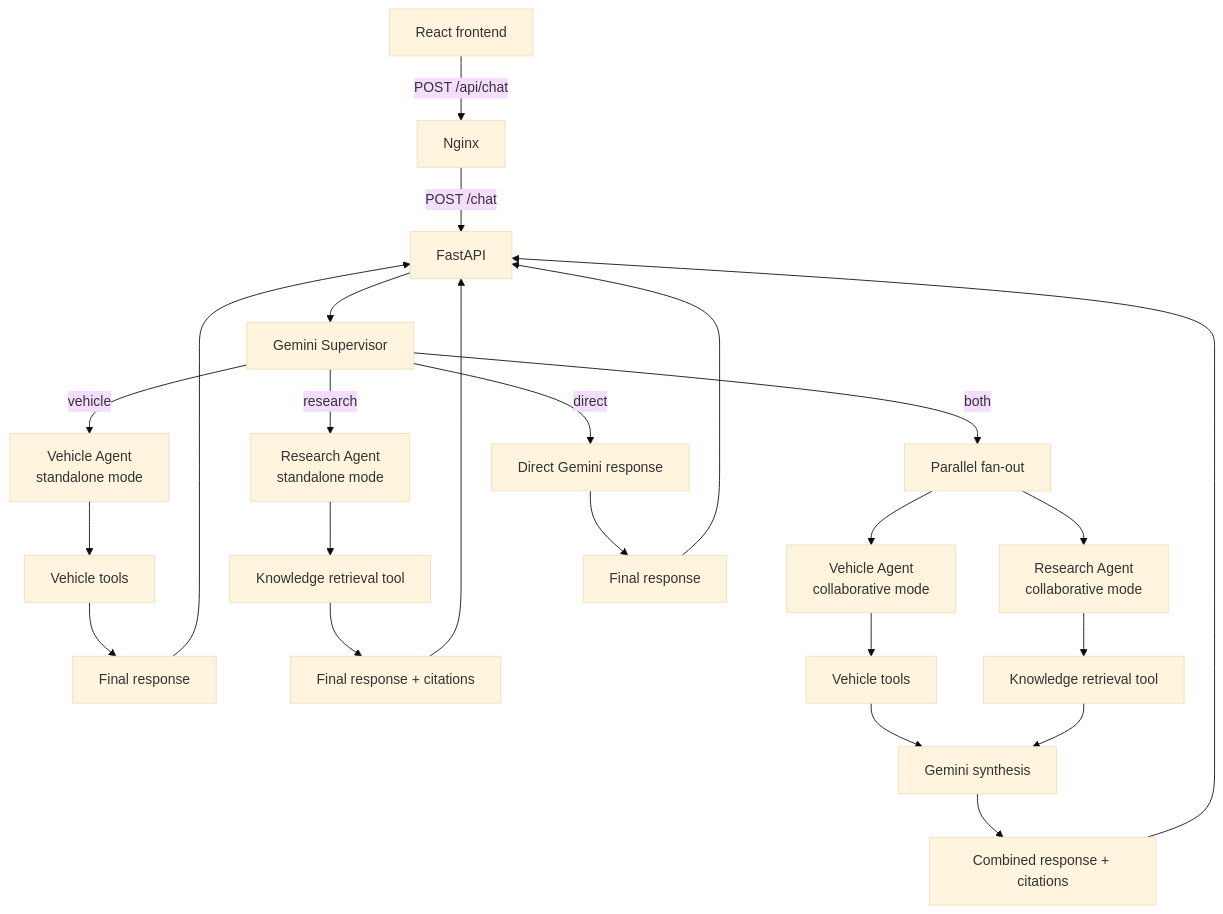
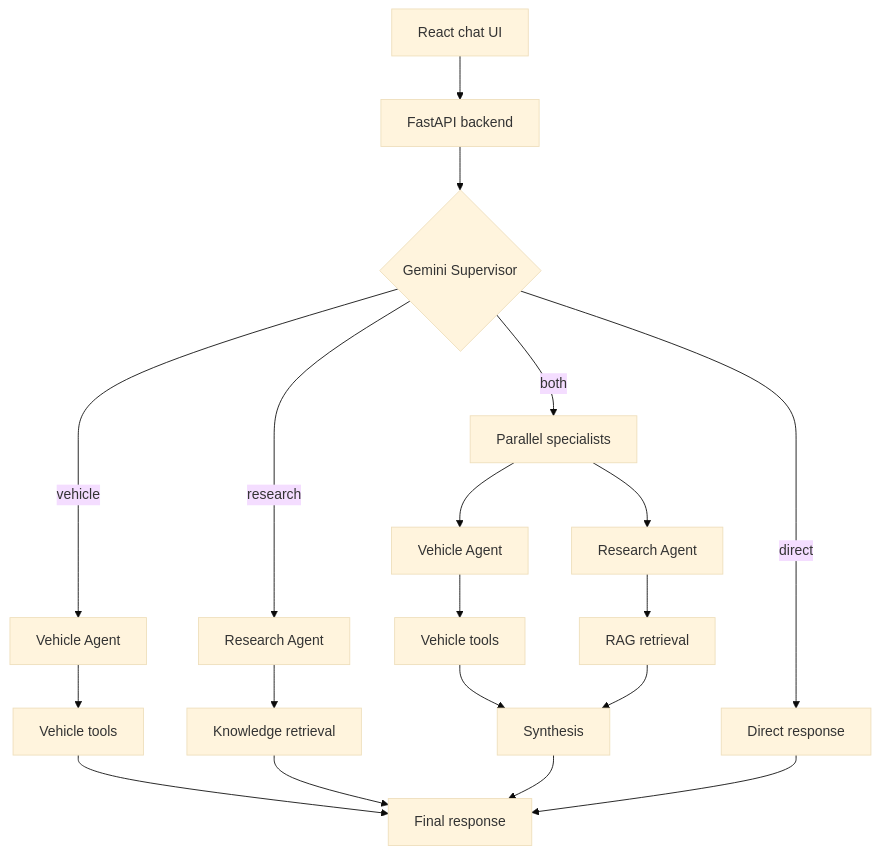
The diagram in README.md (Edit-3D/ev-advisor), drawn with Mermaid (base theme) before and after one commit. The commit also changed other lines of this file and 10 other files, not shown here.

````diff
--- a/README.md
+++ b/README.md
@@ -32,30 +100,21 @@
 ```mermaid
 flowchart TD
-    UI[React frontend] -->|POST /api/chat| NX[Nginx]
-    NX -->|POST /chat| API[FastAPI]
-    API --> SG[Gemini Supervisor]
-
-    SG -->|vehicle| VA[Vehicle Agent<br/>standalone mode]
-    SG -->|research| RA[Research Agent<br/>standalone mode]
-    SG -->|both| FAN[Parallel fan-out]
-    SG -->|direct| DR[Direct Gemini response]
-
-    VA --> VT[Vehicle tools]
-    RA --> KT[Knowledge retrieval tool]
-    VT --> VF[Final response]
-    KT --> RF[Final response + citations]
-
-    FAN --> VAC[Vehicle Agent<br/>collaborative mode]
-    FAN --> RAC[Research Agent<br/>collaborative mode]
-    VAC --> VTC[Vehicle tools]
-    RAC --> KTC[Knowledge retrieval tool]
-    VTC --> SYN[Gemini synthesis]
-    KTC --> SYN
-    SYN --> CF[Combined response + citations]
-
-    DR --> DF[Final response]
-    VF --> API
-    RF --> API
-    CF --> API
-    DF --> API
+    UI[React chat UI] --> API[FastAPI backend]
+    API --> S{Gemini Supervisor}
+    S -->|vehicle| V[Vehicle Agent]
+    S -->|research| R[Research Agent]
+    S -->|both| B[Parallel specialists]
+    S -->|direct| D[Direct response]
+    V --> VT[Vehicle tools]
+    R --> KB[Knowledge retrieval]
+    B --> VP[Vehicle Agent]
+    B --> RP[Research Agent]
+    VP --> VTP[Vehicle tools]
+    RP --> KBR[RAG retrieval]
+    VTP --> SYN[Synthesis]
+    KBR --> SYN
+    VT --> F[Final response]
+    KB --> F
+    SYN --> F
+    D --> F
 ```
````
